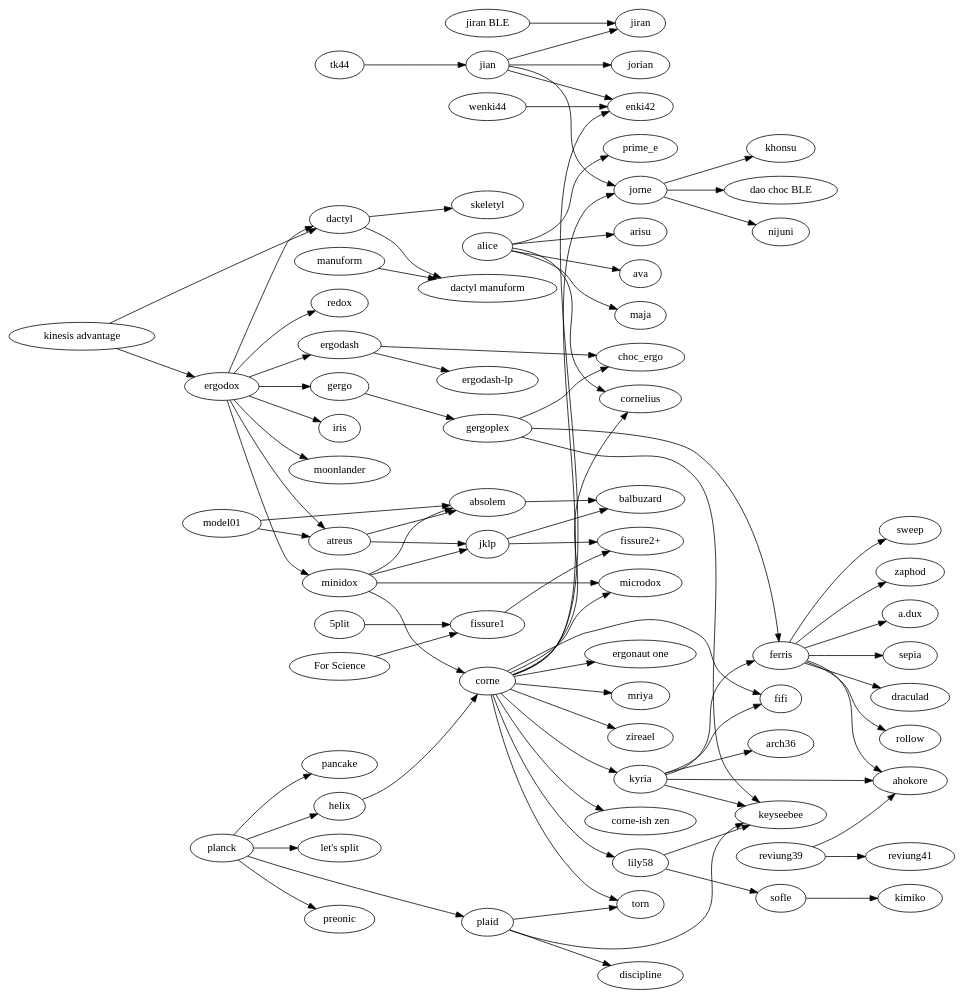
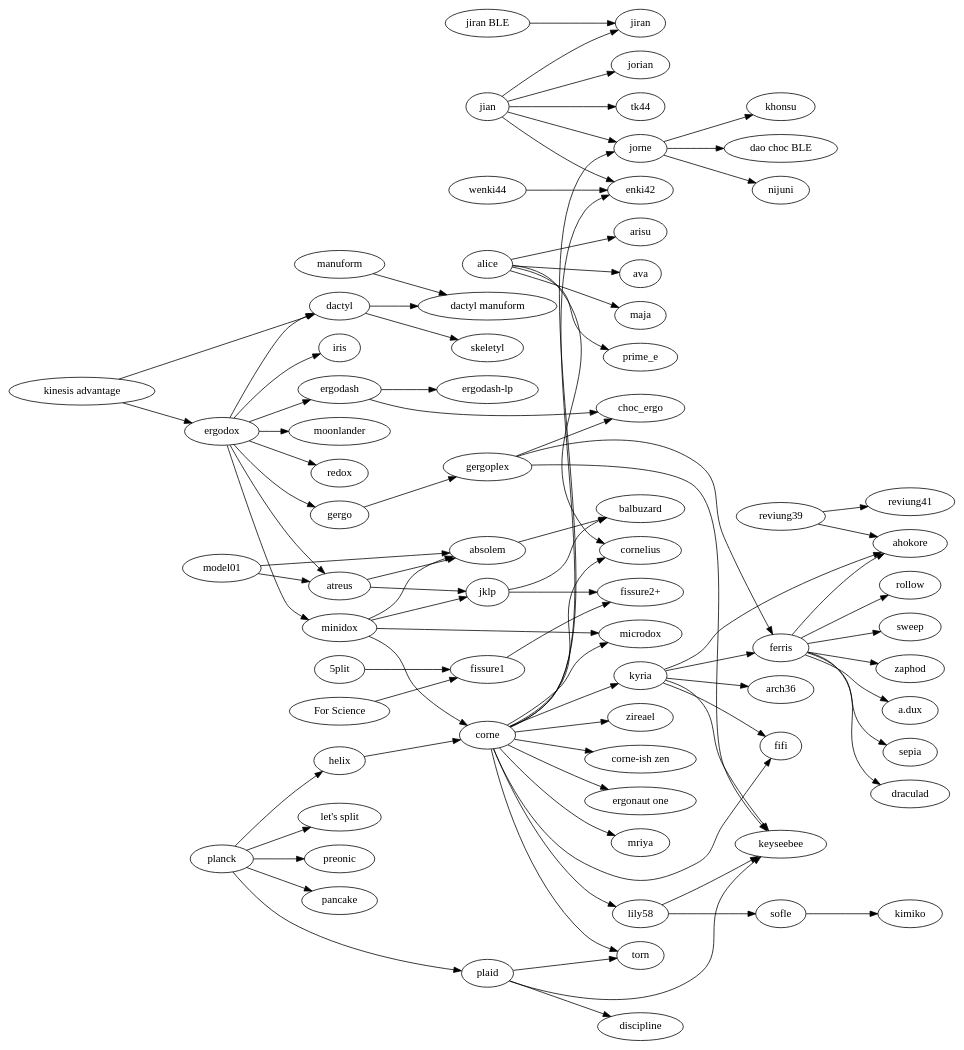
The diagram in tree.gv (joric/graph), drawn with Graphviz before and after one commit.

```diff
--- a/tree.gv
+++ b/tree.gv
@@ -1,155 +1,155 @@
 digraph {
   rankdir=LR;
 
   subgraph splits {
     helix -> corne;
     wenki44 -> enki42;
     "jiran BLE" -> jiran;
 
     jian -> {
       jorian;
       jorne;
       jiran;
       enki42;
+      tk44;
     }
 
     jorne -> {
       nijuni;
       khonsu;
       "dao choc BLE";
     }
 
     corne -> {
       "corne-ish zen";
       cornelius;
       fifi;
       kyria;
       lily58;
       microdox;
       torn;
       jorne;
       "ergonaut one";
       mriya;
       zireael;
       enki42;
     };
 
     lily58 -> {
       keyseebee;
       sofle;
     };
 
     kyria -> {
         ahokore;
         arch36;
         ferris;
         fifi;
         keyseebee;
     };
 
     "kinesis advantage" -> {
       ergodox;
       dactyl;
     };
 
     ergodox -> {
       atreus;
       dactyl;
       ergodash;
       gergo;
       iris;
       minidox;
       moonlander;
       redox;
     };
 
     ergodash -> {
       "ergodash-lp";
       choc_ergo;
     };
 
     gergo -> gergoplex;
     gergoplex -> {
       choc_ergo;
       ferris;
       keyseebee;
     };
 
     ferris -> {
       ahokore;
       sepia;
       draculad;
       rollow;
       sweep;
       zaphod;
       "a.dux";
     };
 
     manuform -> "dactyl manuform";
 
     minidox -> {
       absolem;
       corne;
       microdox;
       jklp;
     };
 
     model01 -> {
       absolem;
       atreus;
     };
 
     sofle -> kimiko;
 
     "5plit" -> "fissure1";
     "For Science" -> "fissure1";
     fissure1 -> "fissure2+";
     jklp -> "fissure2+";
   }
 
   subgraph unibody {
     atreus -> {
       absolem;
       jklp;
     };
     jklp -> balbuzard;
     absolem -> balbuzard;
     reviung39 -> {
       ahokore;
       reviung41;
     };
-    tk44->jian;
   };
 
   subgraph ortholinear {
     plaid -> {
       discipline;
       keyseebee;
       torn;
     };
     planck -> {
       helix;
       "let's split";
       plaid;
       preonic;
       pancake;
     };
   }
 
   subgraph {
     dactyl -> {
       "dactyl manuform";
       skeletyl;
     }
   }
 
   subgraph alicefamily {
     alice -> {
       arisu;
       ava;
       cornelius;
       maja;
       prime_e;
     }
   }
 }
```
